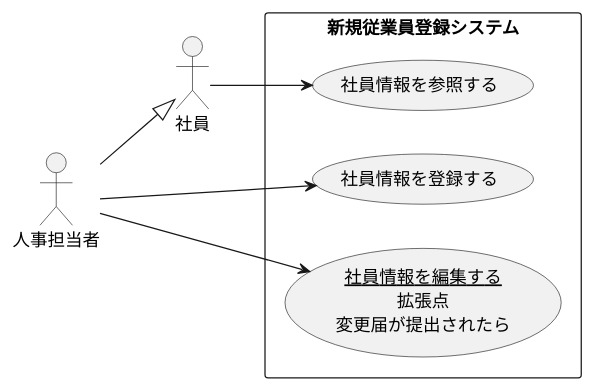
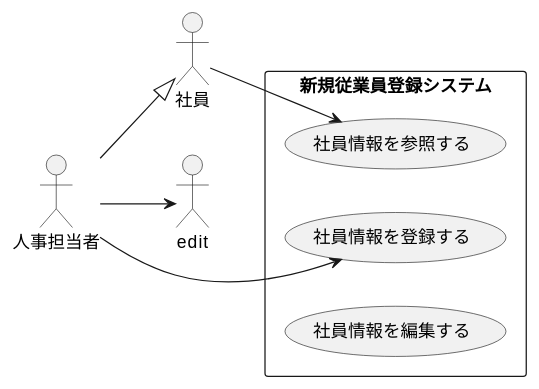
One commit to s-takaki22/uml-introduction changed the diagram in 演習2-6_盛岡システム_従業員登録システム.pu. Above: the diagram before and after it, drawn with PlantUML.

```diff
--- a/演習2-6_盛岡システム_従業員登録システム.pu
+++ b/演習2-6_盛岡システム_従業員登録システム.pu
@@ -1,14 +1,14 @@
 @startuml
 left to right direction
 actor 社員
 actor 人事担当者
 rectangle 新規従業員登録システム{
 usecase 社員情報を登録する
 usecase 社員情報を参照する
-usecase (<u>社員情報を編集する</u>\n拡張点\n変更届が提出されたら) as edit
+usecase 社員情報を編集する
 }
 人事担当者 --|> 社員
 社員 --> 社員情報を参照する
 人事担当者 --> 社員情報を登録する
 人事担当者 --> edit
 @enduml
```
